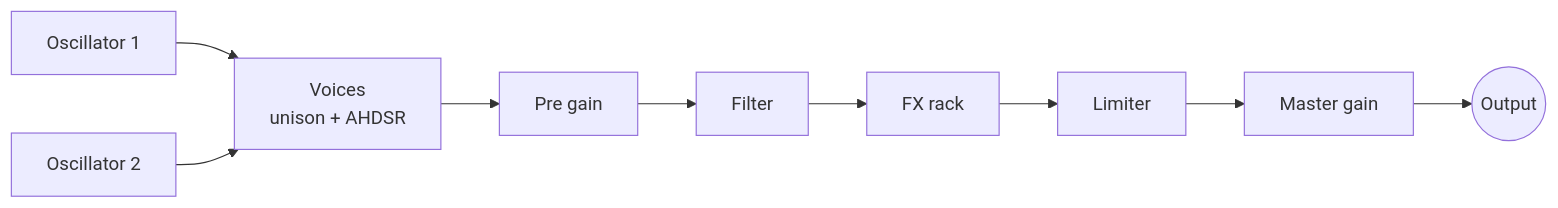
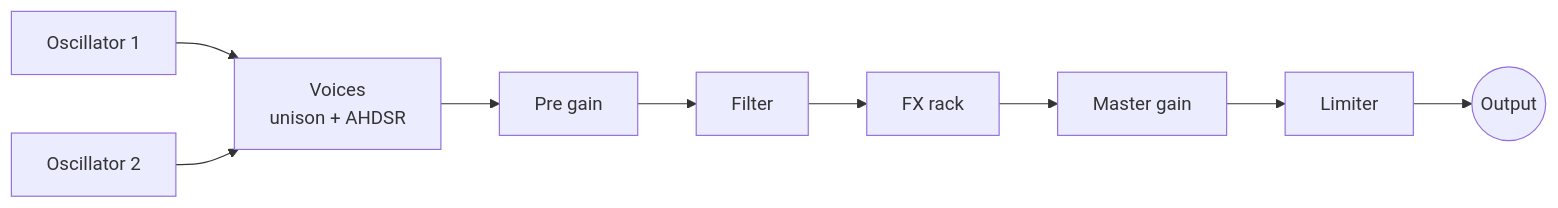
The diagram in README.md (qvantor/waveform), drawn with Mermaid before and after one commit. The commit also changed other lines of this file and 18 other files, not shown here.

Commit message:
Master limiter in an AudioWorklet: true peak brickwall at -0.5 dBTP, 2 ms lookahead, program-dependent release, master in dB up to +12 dB, quiet parts skip the detection

````diff
--- a/README.md
+++ b/README.md
@@ -165,6 +165,6 @@
 ```mermaid
 flowchart LR
   OSC1[Oscillator 1] --> V[Voices<br/>unison + AHDSR]
   OSC2[Oscillator 2] --> V
-  V --> PRE[Pre gain] --> F[Filter] --> FX[FX rack] --> L[Limiter] --> M[Master gain] --> OUT((Output))
+  V --> PRE[Pre gain] --> F[Filter] --> FX[FX rack] --> M[Master gain] --> L[Limiter] --> OUT((Output))
 ```
````
